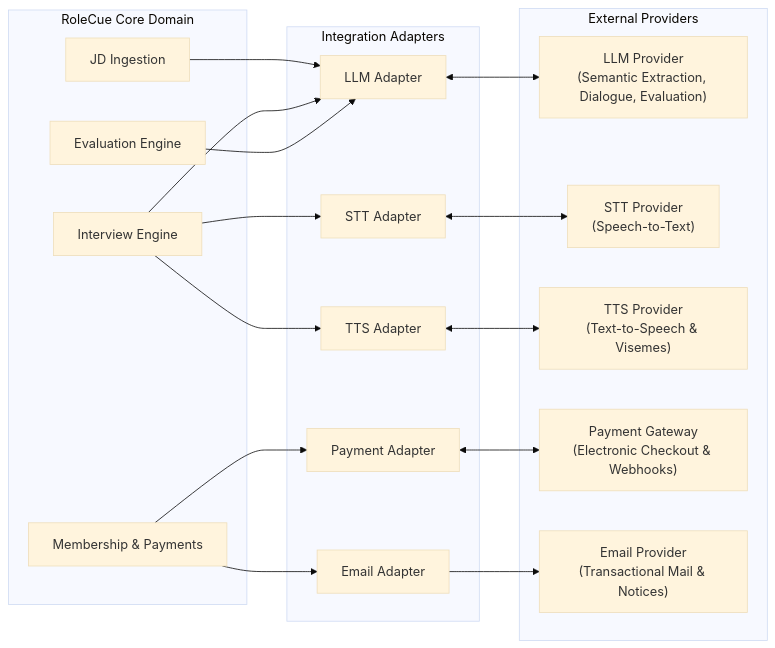
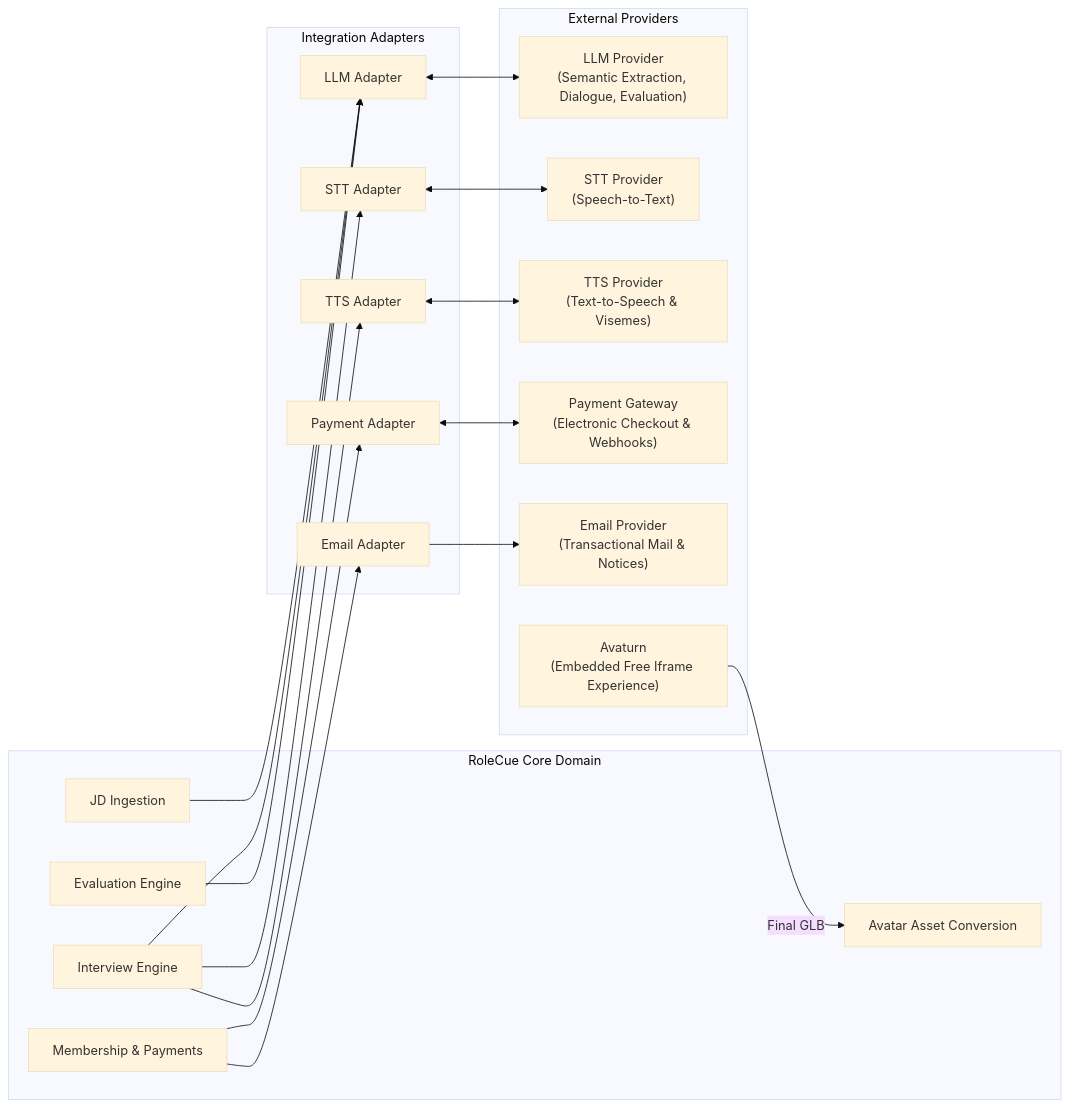
One commit to swp391-group3/ai-interview-practice-brain changed the diagram in 02_System/Integrations.md. Above: the diagram before and after it, drawn with Mermaid (base theme). The commit also changed other lines of this file and 15 other files, not shown here.

Commit message:
docs(brain): sync reviewed RoleCue domain flows

````diff
--- a/02_System/Integrations.md
+++ b/02_System/Integrations.md
@@ -35,39 +35,42 @@
 ```mermaid
 flowchart LR
     subgraph Core["RoleCue Core Domain"]
         JD["JD Ingestion"]
         INT["Interview Engine"]
         EVAL["Evaluation Engine"]
+        AVA["Avatar Asset Conversion"]
         BILL["Membership & Payments"]
     end
 
     subgraph Adapters["Integration Adapters"]
         A_LLM["LLM Adapter"]
         A_STT["STT Adapter"]
         A_TTS["TTS Adapter"]
         A_PAY["Payment Adapter"]
         A_MAIL["Email Adapter"]
     end
 
     subgraph Providers["External Providers"]
         P_LLM["LLM Provider<br/>(Semantic Extraction, Dialogue, Evaluation)"]
         P_STT["STT Provider<br/>(Speech-to-Text)"]
         P_TTS["TTS Provider<br/>(Text-to-Speech & Visemes)"]
         P_PAY["Payment Gateway<br/>(Electronic Checkout & Webhooks)"]
         P_MAIL["Email Provider<br/>(Transactional Mail & Notices)"]
+        P_AVATURN["Avaturn<br/>(Embedded Free Iframe Experience)"]
     end
 
     JD --> A_LLM
     INT --> A_LLM
     INT --> A_STT
     INT --> A_TTS
     EVAL --> A_LLM
     BILL --> A_PAY
     BILL --> A_MAIL
+    P_AVATURN -->|Final GLB| AVA
 
     A_LLM <--> P_LLM
     A_STT <--> P_STT
     A_TTS <--> P_TTS
     A_PAY <--> P_PAY
     A_MAIL --> P_MAIL
 ```
````
